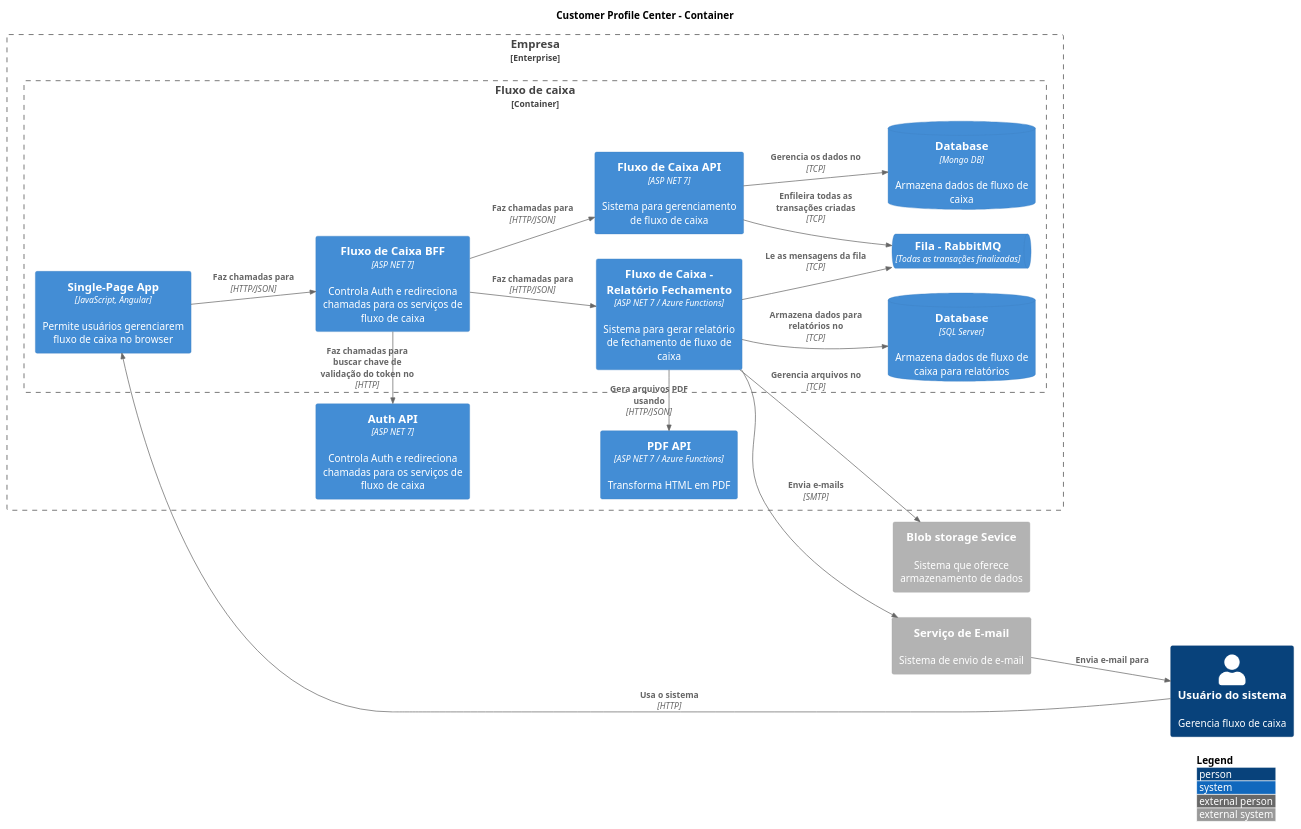
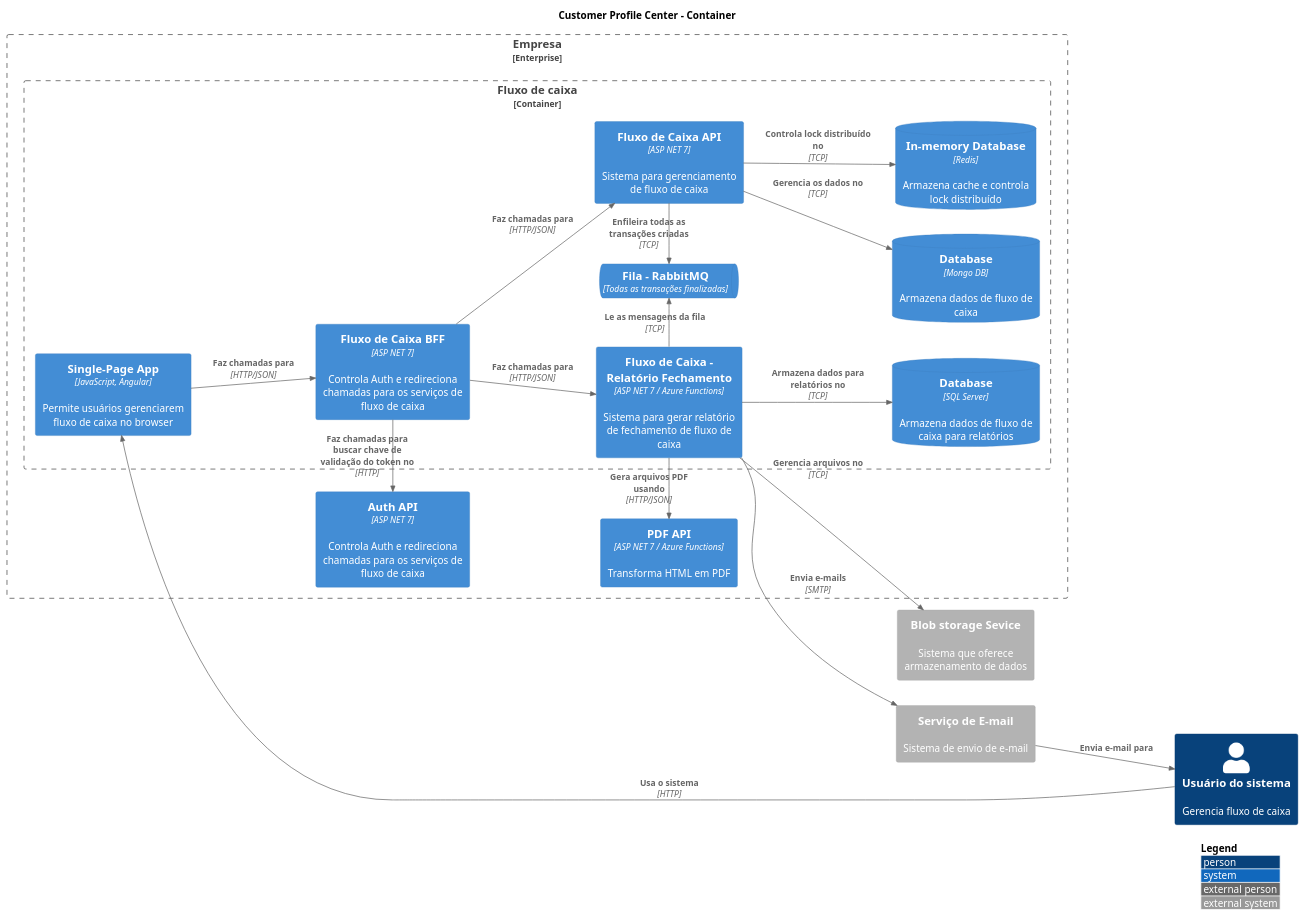
The diagram in Doc/Container.puml (CristianoRC/Fluxo-De-Caixa), drawn with PlantUML before and after one commit.

Commit message:
Adiciona Redis no diagrama de container

```diff
--- a/Doc/Container.puml
+++ b/Doc/Container.puml
@@ -1,55 +1,57 @@
 @startuml container
 
 !include https://raw.githubusercontent.com/plantuml-stdlib/C4-PlantUML/master/C4_Container.puml
 !include https://raw.githubusercontent.com/plantuml-stdlib/C4-PlantUML/master/C4_Context.puml
 
 LAYOUT_LANDSCAPE()
 LAYOUT_WITH_LEGEND()
 
 TITLE Customer Profile Center - Container
 
 Enterprise_Boundary(boundaryEmpersa, "Empresa") {
   
     Container_Boundary(boundaryFluxoDeCaixa, "Fluxo de caixa") {
         Container(fluxoDeCaixaApi, "Fluxo de Caixa API", "ASP NET 7", "Sistema para gerenciamento de fluxo de caixa")
         Container(fluxoDeCaixaApp, "Single-Page App", "JavaScript, Angular", "Permite usuários gerenciarem fluxo de caixa no browser")
         Container(fluxoDeCaixaReportApi, "Fluxo de Caixa - Relatório Fechamento", "ASP NET 7 / Azure Functions", "Sistema para gerar relatório de fechamento de fluxo de caixa")
         Container(fluxoDeCaixaBff, "Fluxo de Caixa BFF", "ASP NET 7", "Controla Auth e redireciona chamadas para os serviços de fluxo de caixa")
 
+        ContainerDb(redis, "In-memory Database", "Redis", "Armazena cache e controla lock distribuído")
         ContainerDb(mongodb, "Database", "Mongo DB", "Armazena dados de fluxo de caixa")
         ContainerDb(sqlServer, "Database", "SQL Server", "Armazena dados de fluxo de caixa para relatórios")
         ContainerQueue(transactionQueue, "Fila - RabbitMQ", "Todas as transações finalizadas")
     }
     
     Container(pdfApi, "PDF API", "ASP NET 7 / Azure Functions", "Transforma HTML em PDF")
     Container(authApi, "Auth API", "ASP NET 7", "Controla Auth e redireciona chamadas para os serviços de fluxo de caixa")
 }
 
 Container_Ext(blobStorage, "Blob storage Sevice", "", "Sistema que oferece armazenamento de dados")
 Container_Ext(mailSystem, "Serviço de E-mail", "", "Sistema de envio de e-mail")
 Person(pessoa, "Usuário do sistema", "Gerencia fluxo de caixa")
 
 'API
 Rel(fluxoDeCaixaApi, mongodb, "Gerencia os dados no", "TCP")
-Rel(fluxoDeCaixaApi, transactionQueue, "Enfileira todas as transações criadas", "TCP")
+Rel_U(fluxoDeCaixaApi, transactionQueue, "Enfileira todas as transações criadas", "TCP")
+Rel(fluxoDeCaixaApi, redis, "Controla lock distribuído no", "TCP")
 
 'Report API
 Rel(fluxoDeCaixaReportApi, mailSystem, "Envia e-mails", "SMTP")
-Rel(fluxoDeCaixaReportApi, transactionQueue, "Le as mensagens da fila", "TCP")
+Rel_D(fluxoDeCaixaReportApi, transactionQueue, "Le as mensagens da fila", "TCP")
 Rel(fluxoDeCaixaReportApi, sqlServer, "Armazena dados para relatórios no", "TCP")
 Rel(fluxoDeCaixaReportApi, blobStorage, "Gerencia arquivos no", "TCP")
 Rel_D(fluxoDeCaixaReportApi, pdfApi, "Gera arquivos PDF usando", "HTTP/JSON")
 
 'App
 Rel(fluxoDeCaixaApp, fluxoDeCaixaBff, "Faz chamadas para", "HTTP/JSON")
 
 'BFF
 Rel(fluxoDeCaixaBff, fluxoDeCaixaApi, "Faz chamadas para", "HTTP/JSON")
 Rel(fluxoDeCaixaBff, fluxoDeCaixaReportApi, "Faz chamadas para", "HTTP/JSON")
 Rel_D(fluxoDeCaixaBff, authApi, "Faz chamadas para buscar chave de validação do token no", "HTTP")
 
 'Pessoa
 Rel(pessoa, fluxoDeCaixaApp, "Usa o sistema", "HTTP")
 Rel(mailSystem, pessoa, "Envia e-mail para")
 
 @enduml
```
